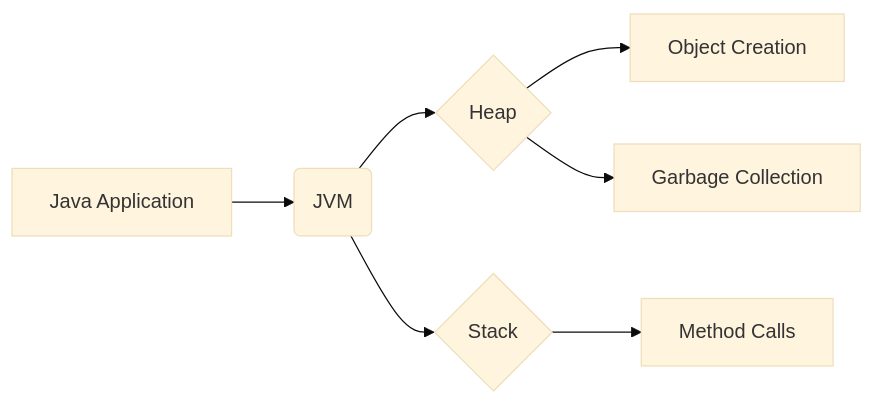
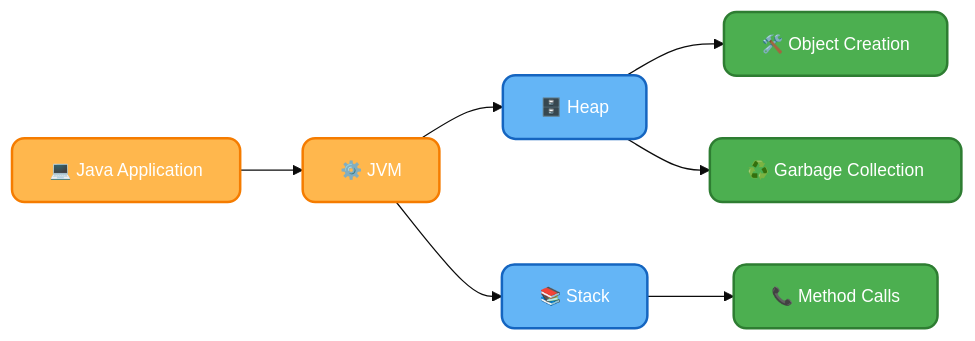
The first of 5 diagrams in _posts/2025-01-06-15.-memory-allocation-in-java.md (infoyouth/infoyouth.github.io), drawn with Mermaid (base theme) before and after one commit. The commit also changed other lines of this file and 2 other files, not shown here.

````diff
--- a/_posts/2025-01-06-15.-memory-allocation-in-java.md
+++ b/_posts/2025-01-06-15.-memory-allocation-in-java.md
@@ -64,9 +64,22 @@
 ```mermaid
 graph LR
-    A[Java Application] --> B(JVM);
-    B --> C{Heap};
-    B --> D{Stack};
-    C --> E[Object Creation];
-    C --> F[Garbage Collection];
-    D --> G[Method Calls];
+    classDef appStyle fill:#FFB74D,stroke:#F57C00,color:#FFFFFF,font-size:14px,stroke-width:2px,rx:10px;
+    classDef memStyle fill:#64B5F6,stroke:#1565C0,color:#FFFFFF,font-size:14px,stroke-width:2px,rx:10px;
+    classDef processStyle fill:#4CAF50,stroke:#2E7D32,color:#FFFFFF,font-size:14px,stroke-width:2px,rx:10px;
+
+    A[💻 Java Application] --> B[⚙️ JVM];
+    B --> C[🗄️ Heap];
+    B --> D[📚 Stack];
+    C --> E[🛠️ Object Creation];
+    C --> F[♻️ Garbage Collection];
+    D --> G[📞 Method Calls];
+
+    class A appStyle;
+    class B appStyle;
+    class C memStyle;
+    class D memStyle;
+    class E processStyle;
+    class F processStyle;
+    class G processStyle;
+
 ```
````
